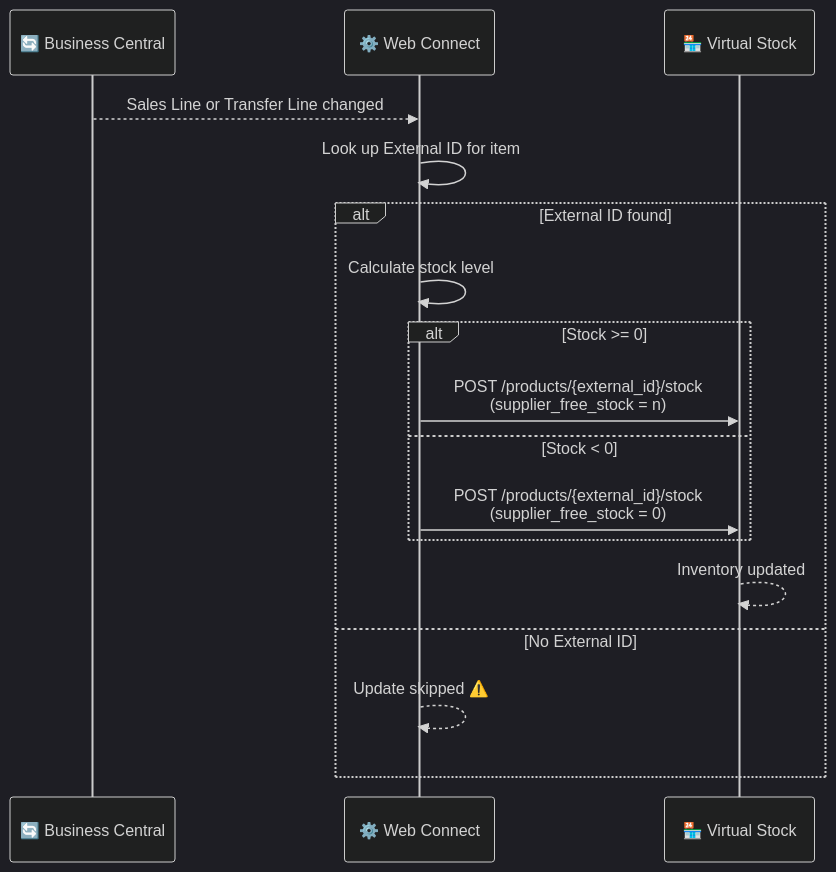
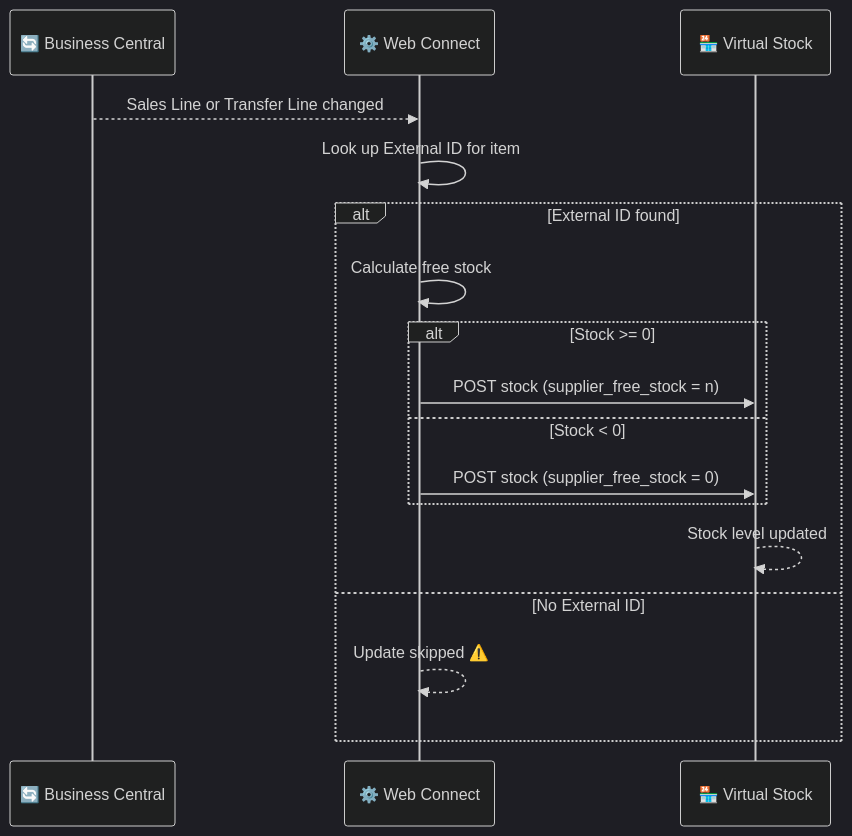
One commit to Combine-IT-ab/docs-general changed the diagram in integrations/virtual-stock/flows/stock-update.md. Above: the diagram before and after it, drawn with Mermaid (dark theme). The commit also changed other lines of this file and 7 other files, not shown here.

````diff
--- a/integrations/virtual-stock/flows/stock-update.md
+++ b/integrations/virtual-stock/flows/stock-update.md
@@ -52,20 +48,20 @@
 ```mermaid
 sequenceDiagram
     participant BC as 🔄 Business Central
     participant WC as ⚙️ Web Connect
     participant VS as 🏪 Virtual Stock
 
     BC-->>WC: Sales Line or Transfer Line changed
     WC->>WC: Look up External ID for item
     alt External ID found
-        WC->>WC: Calculate stock level
+        WC->>WC: Calculate free stock
         alt Stock >= 0
-            WC->>VS: POST /products/{external_id}/stock<br/>(supplier_free_stock = n)
+            WC->>VS: POST stock (supplier_free_stock = n)
         else Stock < 0
-            WC->>VS: POST /products/{external_id}/stock<br/>(supplier_free_stock = 0)
+            WC->>VS: POST stock (supplier_free_stock = 0)
         end
-        VS-->>VS: Inventory updated
+        VS-->>VS: Stock level updated
     else No External ID
         WC-->>WC: Update skipped ⚠️
     end
 ```
````
